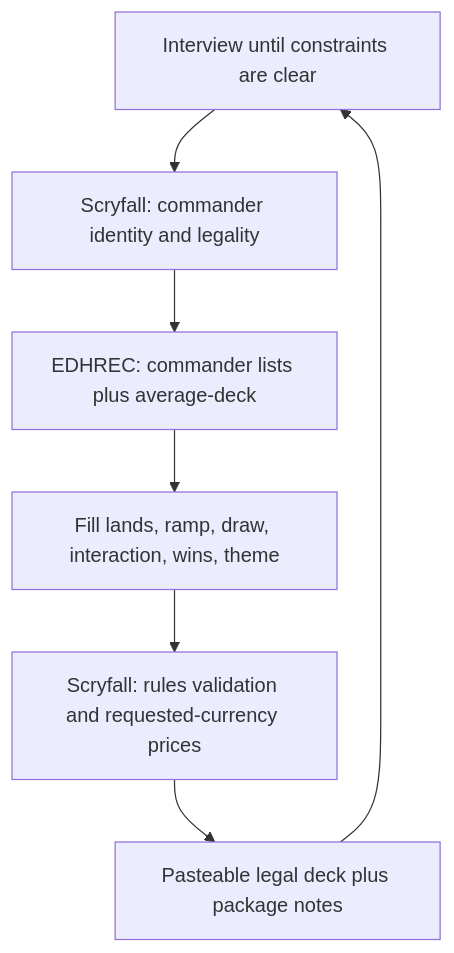
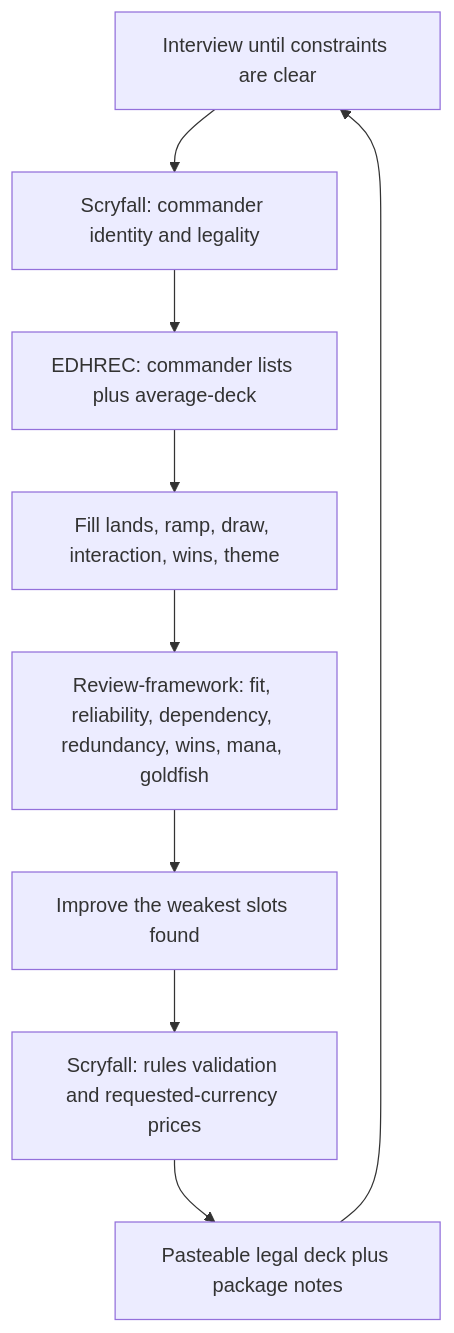
Before and after one commit to reakaleek/mtg-commander-deck-builder-skills: the first of 2 diagrams in skills/commander-deck-builder/SKILL.md, drawn with Mermaid. The commit also changed other lines of this file and 3 other files, not shown here.

Commit message:
Add multi-pass review framework and wire it into build/review flows

````diff
--- a/skills/commander-deck-builder/SKILL.md
+++ b/skills/commander-deck-builder/SKILL.md
@@ -185,11 +189,13 @@
 ```mermaid
 flowchart TD
   ask[Interview until constraints are clear]
   resolve[Scryfall: commander identity and legality]
   meta[EDHREC: commander lists plus average-deck]
   fill[Fill lands, ramp, draw, interaction, wins, theme]
+  diagnose[Review-framework: fit, reliability, dependency, redundancy, wins, mana, goldfish]
+  weak[Improve the weakest slots found]
   check[Scryfall: rules validation and requested-currency prices]
   list[Pasteable legal deck plus package notes]
-  ask --> resolve --> meta --> fill --> check --> list
+  ask --> resolve --> meta --> fill --> diagnose --> weak --> check --> list
   list --> ask
 ```
````
